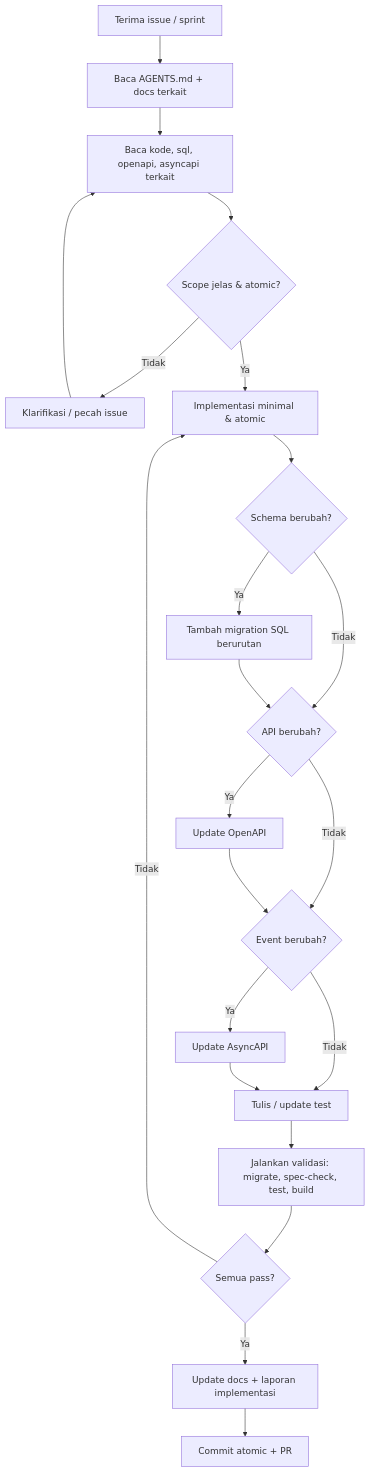
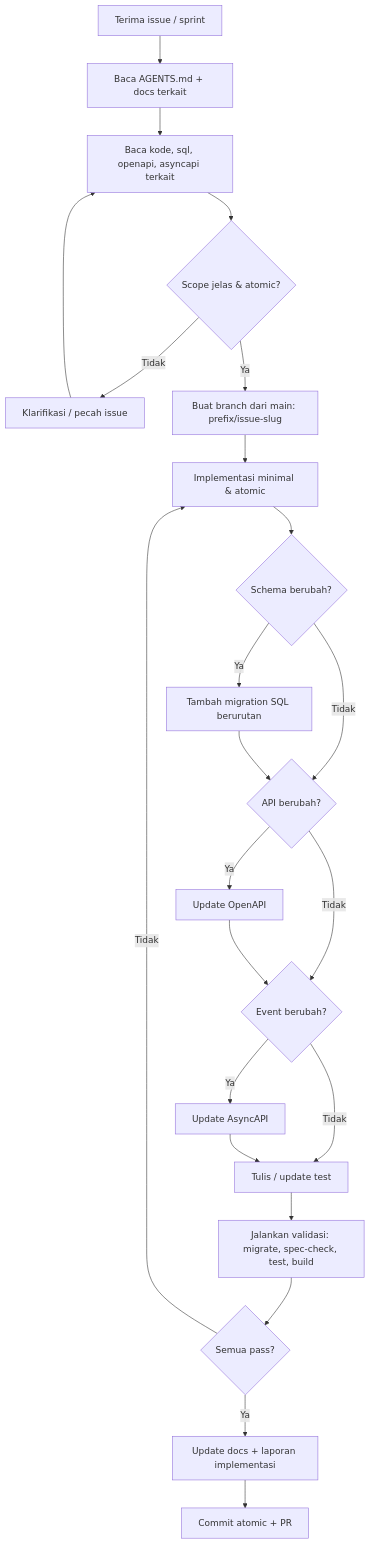
Before and after one commit to ahliweb/awcms-micro: the first of 5 diagrams in AGENTS.md, drawn with Mermaid. The commit also changed other lines of this file and 1 other file, not shown here.

Commit message:
docs(workflow): require creating a branch before implementing an issue (#274)
Add an explicit "buat branch dari main" step to the issue-implementation
workflow so agents and contributors never start editing on the protected
`main` branch:

- awcms-micro-implement-issue skill: new "Langkah 0 — Buat branch (WAJIB
  sebelum edit apa pun)" section + a branch node at the head of the
  Prosedur flowchart, with the `feature|fix|docs/<issue>-<slug>` naming
  convention already used in CONTRIBUTING.md.
- AGENTS.md: add a branch-creation node to the mandatory task-flow chart
  and spell out the `git switch main && git pull --ff-only && git switch
  -c ...` step (one issue = one branch = one PR) next to the branch-naming
  reference.

CONTRIBUTING.md already documented branching; this closes the gap in the
operational skill/AGENTS flow that agents actually follow.

````diff
--- a/AGENTS.md
+++ b/AGENTS.md
@@ -44,24 +44,25 @@
 ```mermaid
 flowchart TD
   A[Terima issue / sprint] --> B[Baca AGENTS.md + docs terkait]
   B --> C[Baca kode, sql, openapi, asyncapi terkait]
   C --> D{Scope jelas & atomic?}
   D -- Tidak --> E[Klarifikasi / pecah issue]
   E --> C
-  D -- Ya --> F[Implementasi minimal & atomic]
+  D -- Ya --> BR[Buat branch dari main: prefix/issue-slug]
+  BR --> F[Implementasi minimal & atomic]
   F --> G{Schema berubah?}
   G -- Ya --> H[Tambah migration SQL berurutan]
   G -- Tidak --> I{API berubah?}
   H --> I
   I -- Ya --> J[Update OpenAPI]
   I -- Tidak --> K{Event berubah?}
   J --> K
   K -- Ya --> L[Update AsyncAPI]
   K -- Tidak --> M[Tulis / update test]
   L --> M
   M --> N[Jalankan validasi: migrate, spec-check, test, build]
   N --> O{Semua pass?}
   O -- Tidak --> F
   O -- Ya --> P[Update docs + laporan implementasi]
   P --> Q[Commit atomic + PR]
 ```
````
